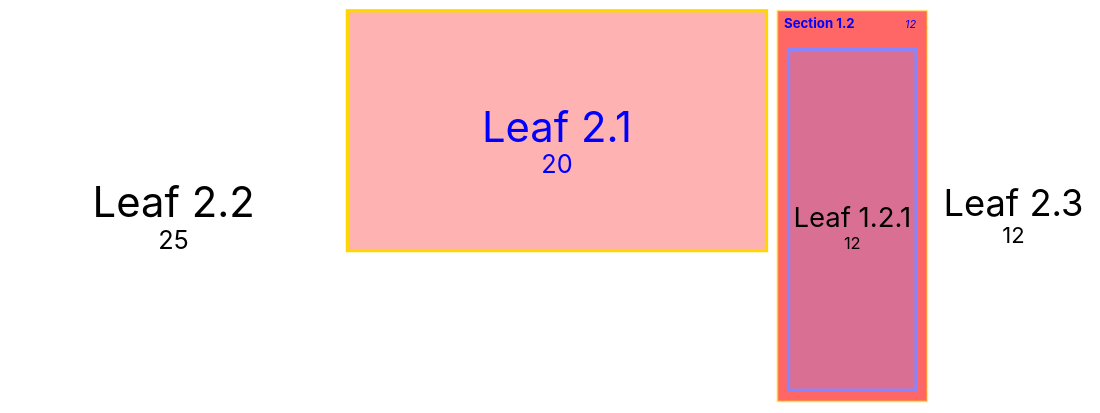
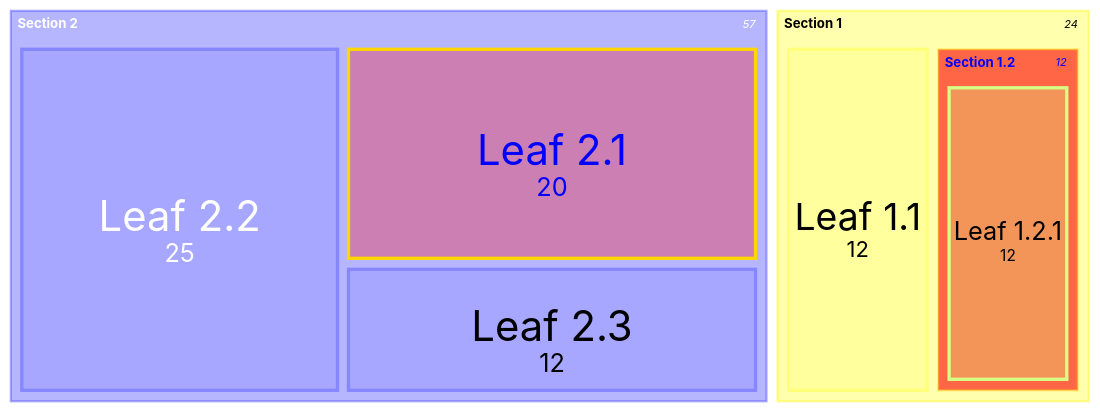
Before and after one commit to mermaid-js/mermaid: the diagram in e2e/diagrams/treemap/10-should-render-the-example-from-documentation.mmd, drawn with Mermaid. The commit also changed 25 other files, not shown here.

```diff
--- a/e2e/diagrams/treemap/10-should-render-the-example-from-documentation.mmd
+++ b/e2e/diagrams/treemap/10-should-render-the-example-from-documentation.mmd
@@ -1,11 +1,11 @@
 treemap-beta
   "Section 1"
-  "Leaf 1.1": 12
-  "Section 1.2":::class1
-    "Leaf 1.2.1": 12
+    "Leaf 1.1": 12
+    "Section 1.2":::class1
+      "Leaf 1.2.1": 12
   "Section 2"
-  "Leaf 2.1": 20:::class1
-  "Leaf 2.2": 25
-  "Leaf 2.3": 12
+    "Leaf 2.1": 20:::class1
+    "Leaf 2.2": 25
+    "Leaf 2.3": 12
 
   classDef class1 fill:red,color:blue,stroke:#FFD600;
```
